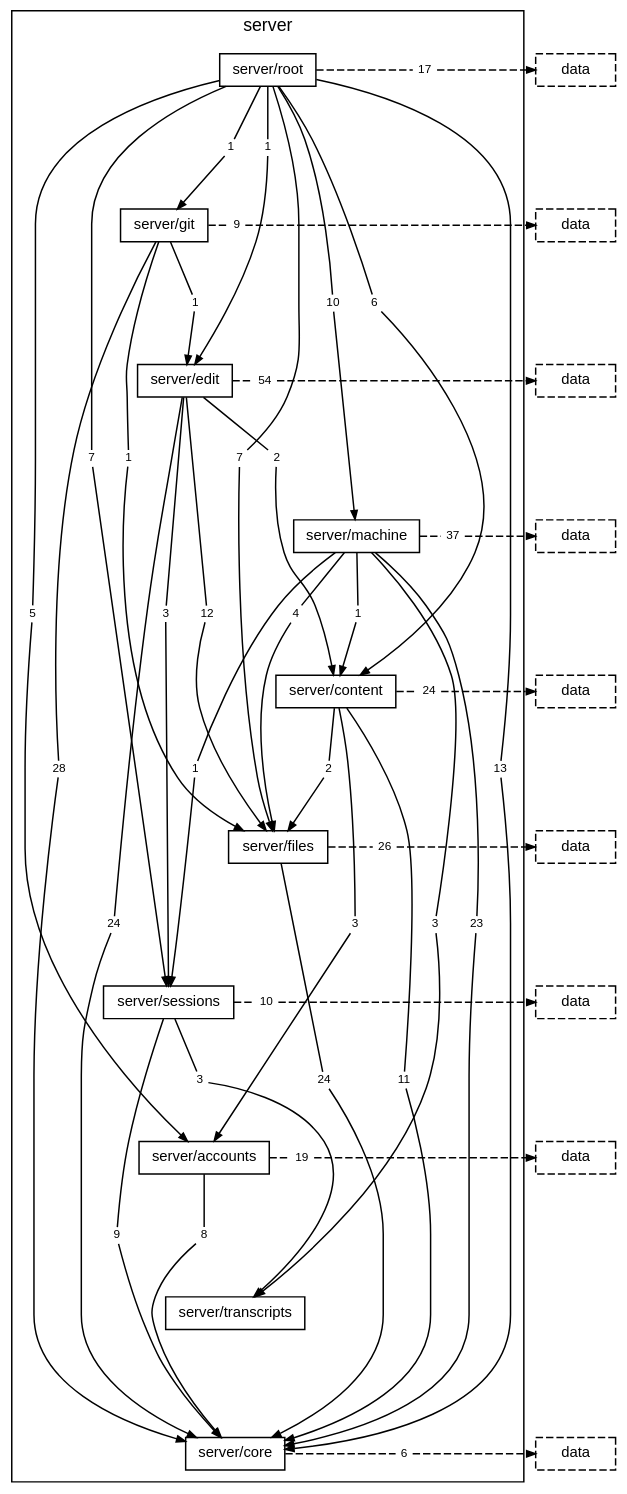
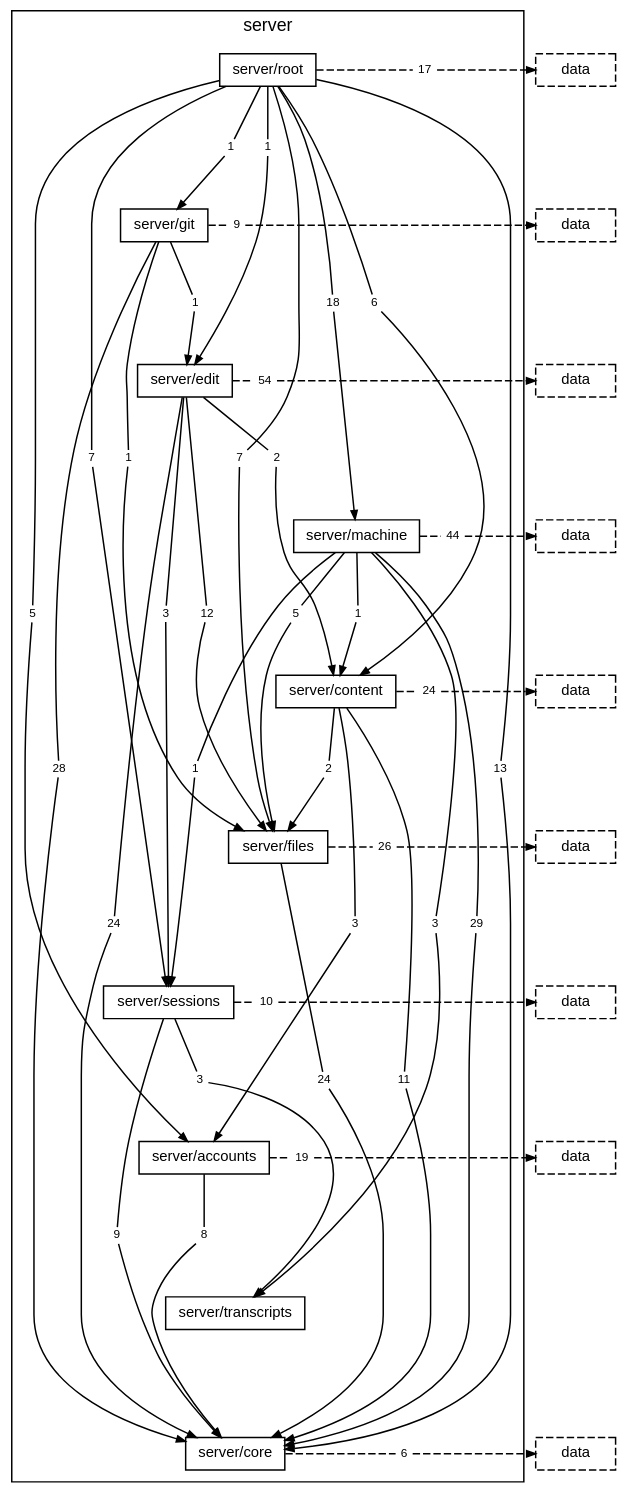
Before and after one commit to TheAxeC/oculus: the diagram in docs/diagrams/layer-server.dot, drawn with Graphviz. The commit also changed 84 other files, not shown here.

```diff
--- a/docs/diagrams/layer-server.dot
+++ b/docs/diagrams/layer-server.dot
@@ -20,7 +20,7 @@
         "folder server/root to folder server/edit" [label="1", shape=box, color="transparent", fontsize=8, width=0, height=0, margin="0.04,0.02"];
         "folder server/root to folder server/files" [label="7", shape=box, color="transparent", fontsize=8, width=0, height=0, margin="0.04,0.02"];
         "folder server/root to folder server/git" [label="1", shape=box, color="transparent", fontsize=8, width=0, height=0, margin="0.04,0.02"];
-        "folder server/root to folder server/machine" [label="10", shape=box, color="transparent", fontsize=8, width=0, height=0, margin="0.04,0.02"];
+        "folder server/root to folder server/machine" [label="18", shape=box, color="transparent", fontsize=8, width=0, height=0, margin="0.04,0.02"];
         "folder server/root to folder server/sessions" [label="7", shape=box, color="transparent", fontsize=8, width=0, height=0, margin="0.04,0.02"];
         "folder server/root to layer data" [label="17", shape=box, color="transparent", fontsize=8, width=0, height=0, margin="0.04,0.02"];
         "folder server/git to folder server/core" [label="28", shape=box, color="transparent", fontsize=8, width=0, height=0, margin="0.04,0.02"];
@@ -33,11 +33,11 @@
         "folder server/edit to folder server/sessions" [label="3", shape=box, color="transparent", fontsize=8, width=0, height=0, margin="0.04,0.02"];
         "folder server/edit to layer data" [label="54", shape=box, color="transparent", fontsize=8, width=0, height=0, margin="0.04,0.02"];
         "folder server/machine to folder server/content" [label="1", shape=box, color="transparent", fontsize=8, width=0, height=0, margin="0.04,0.02"];
-        "folder server/machine to folder server/core" [label="23", shape=box, color="transparent", fontsize=8, width=0, height=0, margin="0.04,0.02"];
-        "folder server/machine to folder server/files" [label="4", shape=box, color="transparent", fontsize=8, width=0, height=0, margin="0.04,0.02"];
+        "folder server/machine to folder server/core" [label="29", shape=box, color="transparent", fontsize=8, width=0, height=0, margin="0.04,0.02"];
+        "folder server/machine to folder server/files" [label="5", shape=box, color="transparent", fontsize=8, width=0, height=0, margin="0.04,0.02"];
         "folder server/machine to folder server/sessions" [label="1", shape=box, color="transparent", fontsize=8, width=0, height=0, margin="0.04,0.02"];
         "folder server/machine to folder server/transcripts" [label="3", shape=box, color="transparent", fontsize=8, width=0, height=0, margin="0.04,0.02"];
-        "folder server/machine to layer data" [label="37", shape=box, color="transparent", fontsize=8, width=0, height=0, margin="0.04,0.02"];
+        "folder server/machine to layer data" [label="44", shape=box, color="transparent", fontsize=8, width=0, height=0, margin="0.04,0.02"];
         "folder server/content to folder server/accounts" [label="3", shape=box, color="transparent", fontsize=8, width=0, height=0, margin="0.04,0.02"];
         "folder server/content to folder server/core" [label="11", shape=box, color="transparent", fontsize=8, width=0, height=0, margin="0.04,0.02"];
         "folder server/content to folder server/files" [label="2", shape=box, color="transparent", fontsize=8, width=0, height=0, margin="0.04,0.02"];
```
